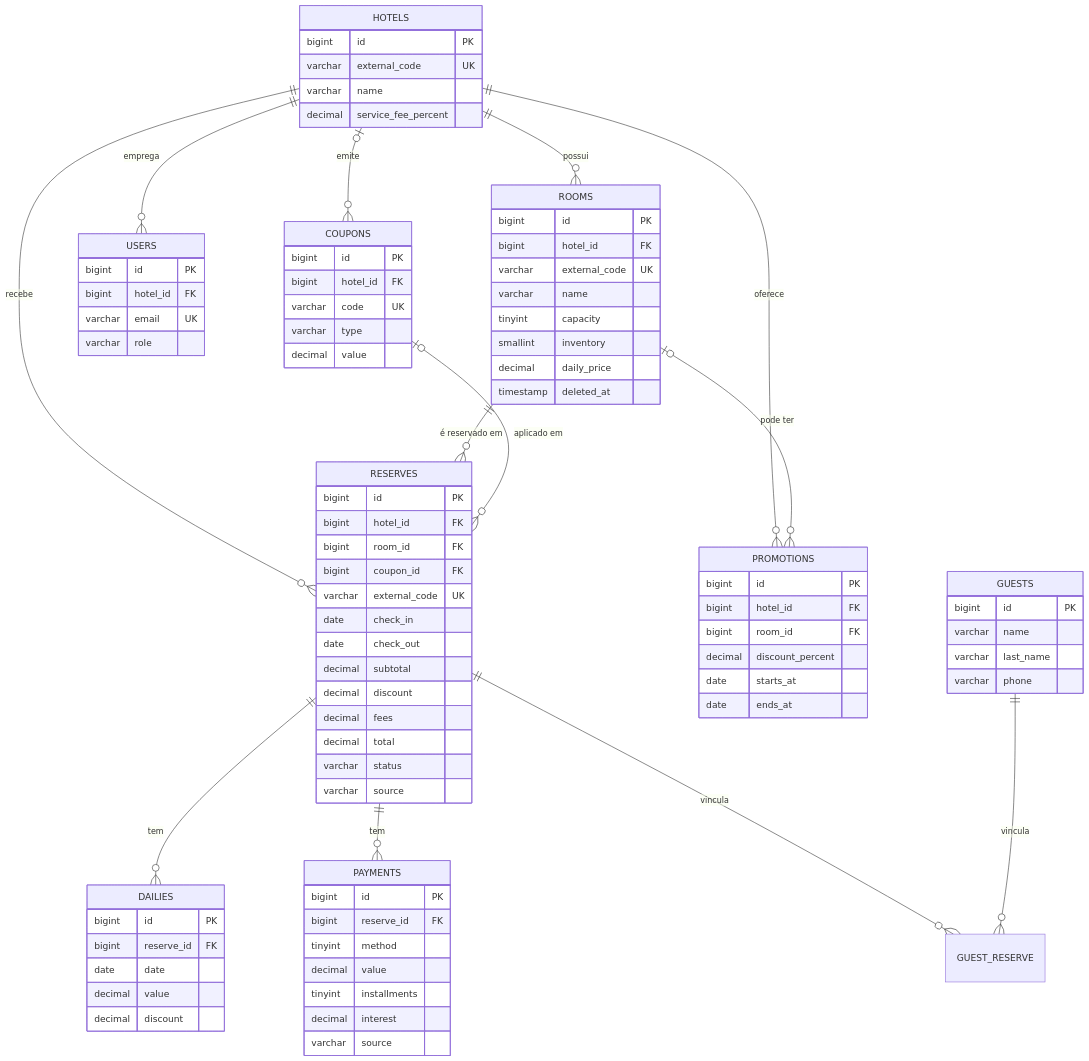
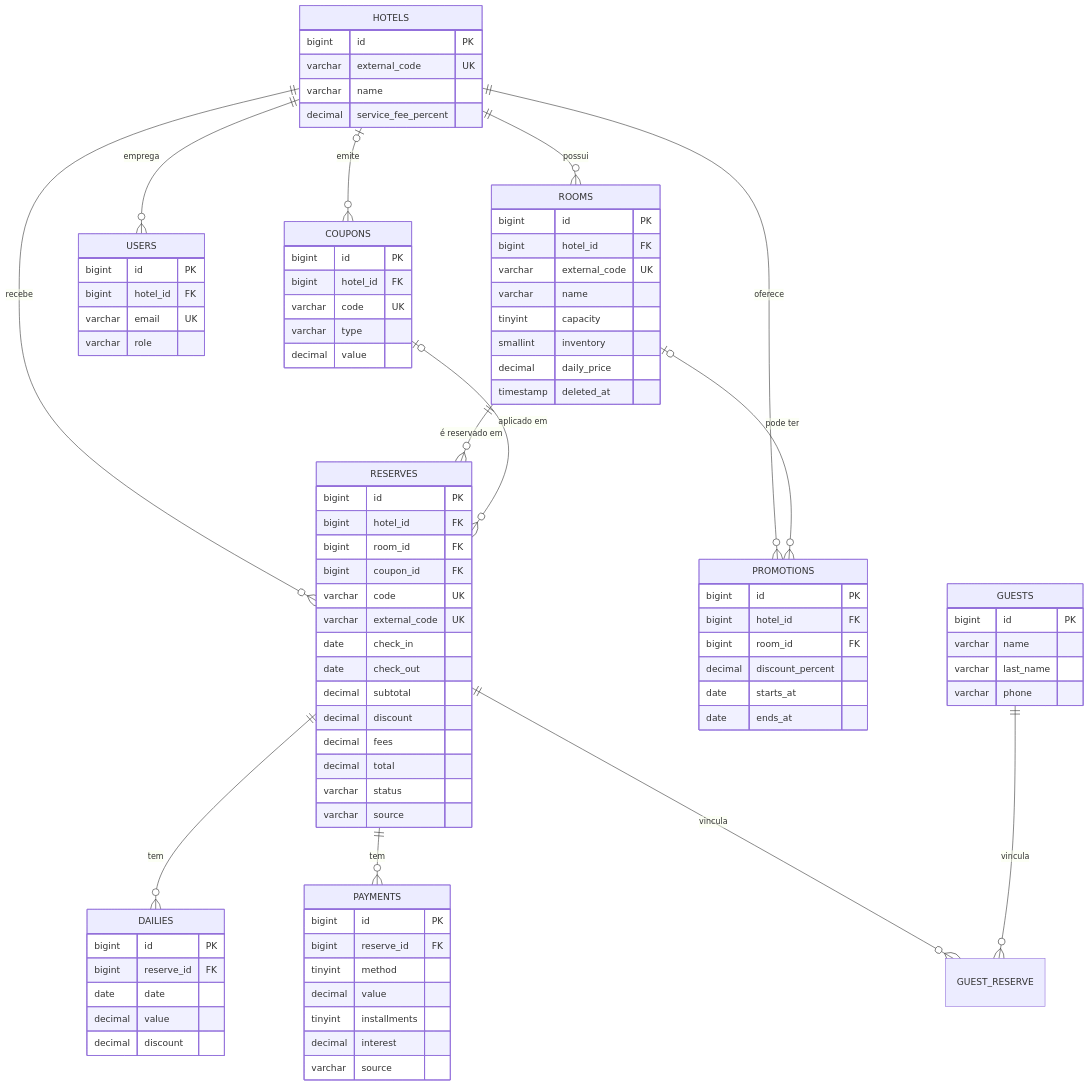
The diagram in README.md (EduardoSL0/desafio-foco-hotel-api), drawn with Mermaid before and after one commit. The commit also changed other lines of this file and 22 other files, not shown here.

```diff
--- a/README.md
+++ b/README.md
@@ -245,6 +245,7 @@
         bigint hotel_id FK
         bigint room_id FK
         bigint coupon_id FK
+        varchar code UK
         varchar external_code UK
         date check_in
         date check_out
```
